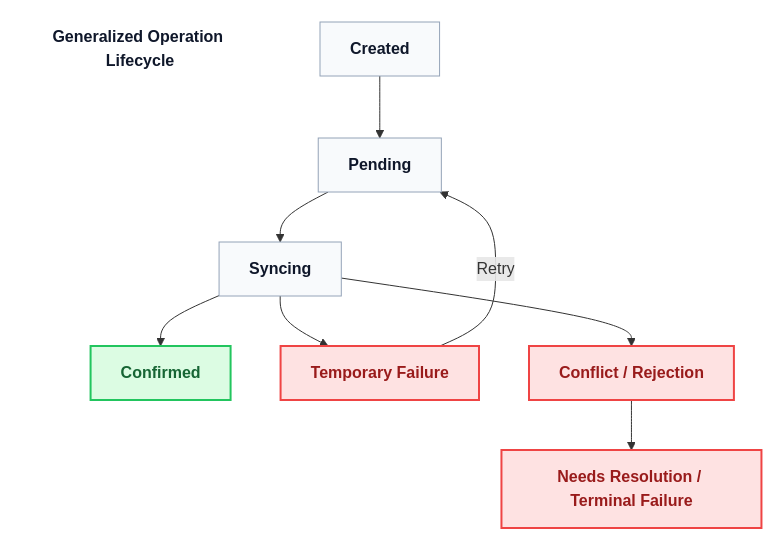
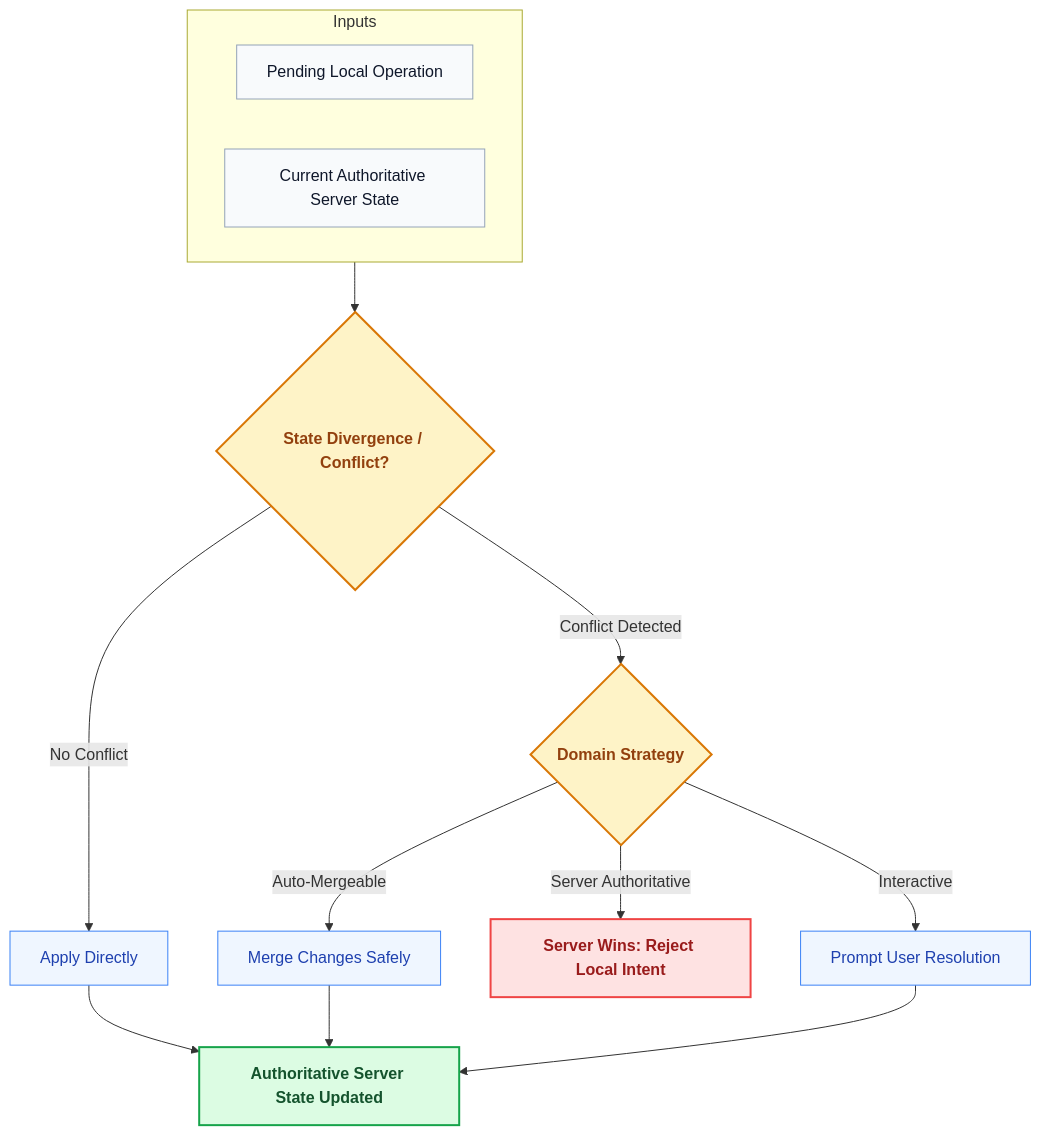
Before and after one commit to davidalbertstark-lab/Lenar: the fourth of 6 diagrams in docs/architecture/08-Offline-Sync-Resilience.md, drawn with Mermaid. The commit also changed other lines of this file and 28 other files, not shown here.

Commit message:
docs: system-wide diagram redesign for first-instance comprehension

````diff
--- a/docs/architecture/08-Offline-Sync-Resilience.md
+++ b/docs/architecture/08-Offline-Sync-Resilience.md
@@ -146,33 +186,26 @@
 ```mermaid
 flowchart TD
-    classDef main fill:#f8fafc,stroke:#94a3b8,stroke-width:1px,color:#0f172a,font-weight:bold
-    classDef endstate fill:#dcfce3,stroke:#22c55e,stroke-width:2px,color:#166534,font-weight:bold
-    classDef failstate fill:#fee2e2,stroke:#ef4444,stroke-width:2px,color:#991b1b,font-weight:bold
-    classDef title fill:none,stroke:none,font-weight:bold,font-size:16px
+    classDef input fill:#f8fafc,stroke:#94a3b8,stroke-width:1px,color:#0f172a
+    classDef decision fill:#fef3c7,stroke:#d97706,stroke-width:2px,color:#92400e,font-weight:bold
+    classDef action fill:#eff6ff,stroke:#3b82f6,stroke-width:1px,color:#1e40af
+    classDef success fill:#dcfce3,stroke:#16a34a,stroke-width:2px,color:#14532d,font-weight:bold
+    classDef reject fill:#fee2e2,stroke:#ef4444,stroke-width:2px,color:#991b1b,font-weight:bold
 
-    Title[Generalized Operation Lifecycle]
-    style Title fill:none,stroke:none,color:#0f172a,font-weight:bold
+    subgraph Inputs ["Inputs"]
+        LO["Pending Local Operation"]:::input
+        AS["Current Authoritative Server State"]:::input
+    end
 
-    C[Created]
-    P[Pending]
-    S[Syncing]
-    Conf[Confirmed]
-    
-    TF[Temporary Failure]
-    CR[Conflict / Rejection]
-    NR[Needs Resolution / Terminal Failure]
+    Inputs --> Eval{"State Divergence / Conflict?"}:::decision
 
-    C --> P
-    P --> S
-    S --> Conf
-    
-    S --> TF
-    TF -->|Retry| P
-    
-    S --> CR
-    CR --> NR
+    Eval -->|No Conflict| Apply["Apply Directly"]:::action
+    Eval -->|Conflict Detected| Strategy{"Domain Strategy"}:::decision
 
-    class C,P,S main;
-    class Conf endstate;
-    class TF,CR,NR failstate;
+    Strategy -->|Auto-Mergeable| Merge["Merge Changes Safely"]:::action
+    Strategy -->|Server Authoritative| Rej["Server Wins: Reject Local Intent"]:::reject
+    Strategy -->|Interactive| UserRes["Prompt User Resolution"]:::action
+
+    Apply --> Final["Authoritative Server State Updated"]:::success
+    Merge --> Final
+    UserRes --> Final
 ```
````
